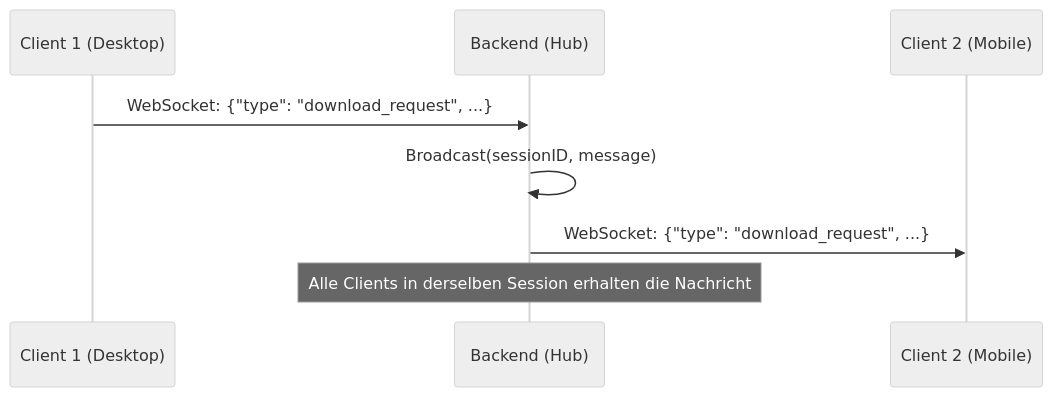
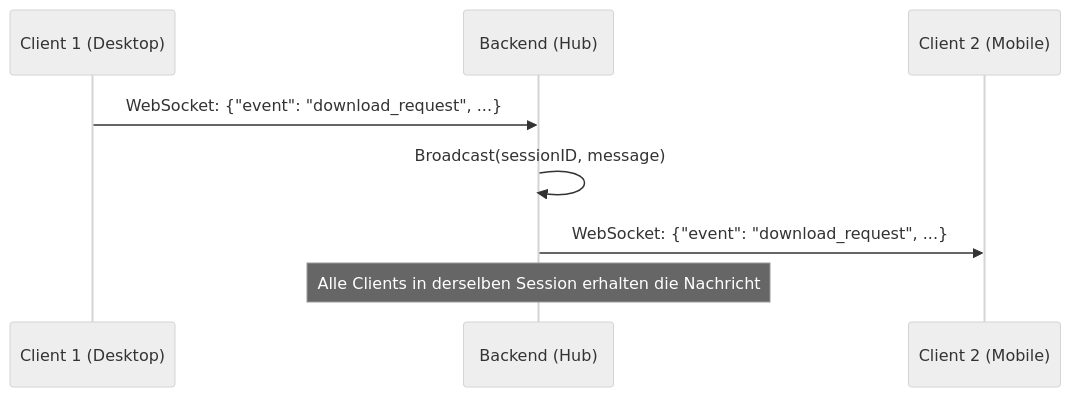
The ninth of 10 diagrams in map.md (Garante83/DocFlow-), drawn with Mermaid (neutral theme) before and after one commit. The commit also changed other lines of this file, not shown here.

````diff
--- a/map.md
+++ b/map.md
@@ -420,11 +437,11 @@
 ```mermaid
 sequenceDiagram
     participant C1 as Client 1 (Desktop)
     participant B as Backend (Hub)
     participant C2 as Client 2 (Mobile)
 
-    C1->>B: WebSocket: {"type": "download_request", ...}
+    C1->>B: WebSocket: {"event": "download_request", ...}
     B->>B: Broadcast(sessionID, message)
-    B->>C2: WebSocket: {"type": "download_request", ...}
+    B->>C2: WebSocket: {"event": "download_request", ...}
     Note over B: Alle Clients in derselben Session erhalten die Nachricht
 ```
````
